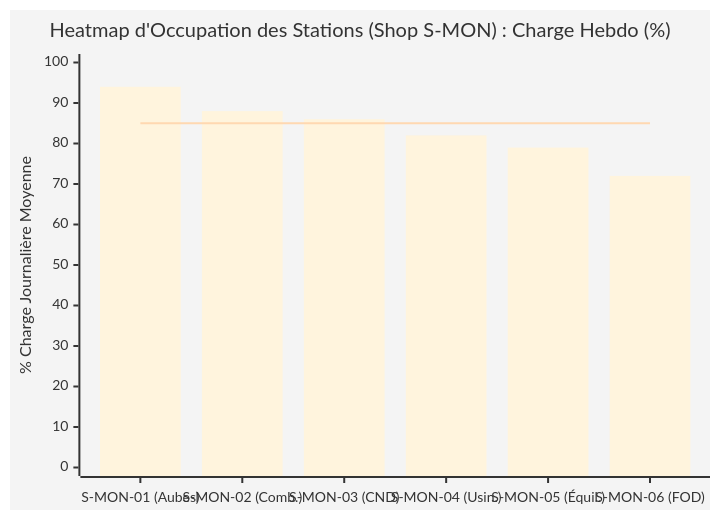
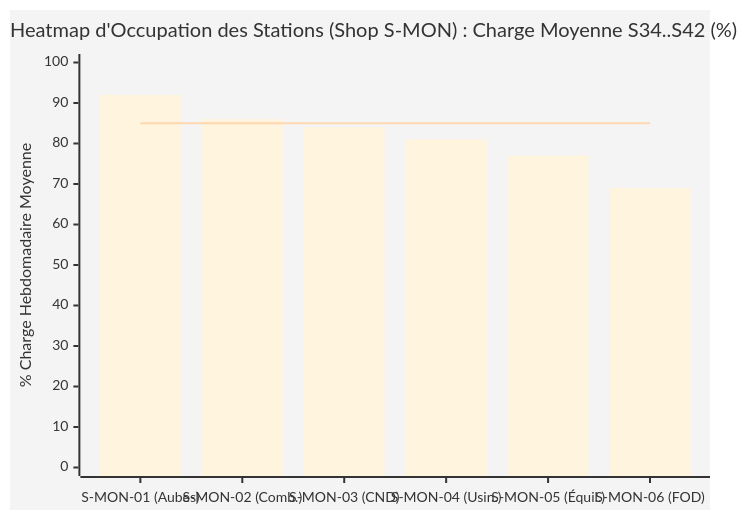
One commit to quangfr/bimaestro changed diagram 15 of 17 in content.md. Above: the diagram before and after it, drawn with Mermaid. The commit also changed other lines of this file and 2 other files, not shown here.

````diff
--- a/content.md
+++ b/content.md
@@ -686,9 +708,9 @@
 ```mermaid
 %%{init: {'theme': 'base'}}%%
 xychart-beta
-    title "Heatmap d'Occupation des Stations (Shop S-MON) : Charge Hebdo (%)"
+    title "Heatmap d'Occupation des Stations (Shop S-MON) : Charge Moyenne S34..S42 (%)"
     x-axis ["S-MON-01 (Aubes)", "S-MON-02 (Comb.)", "S-MON-03 (CND)", "S-MON-04 (Usin.)", "S-MON-05 (Équil.)", "S-MON-06 (FOD)"]
-    y-axis "% Charge Journalière Moyenne" 0 --> 100
-    bar [94, 88, 86, 82, 79, 72]
+    y-axis "% Charge Hebdomadaire Moyenne" 0 --> 100
+    bar [92, 86, 84, 81, 77, 69]
     line [85, 85, 85, 85, 85, 85]
 ```
````
